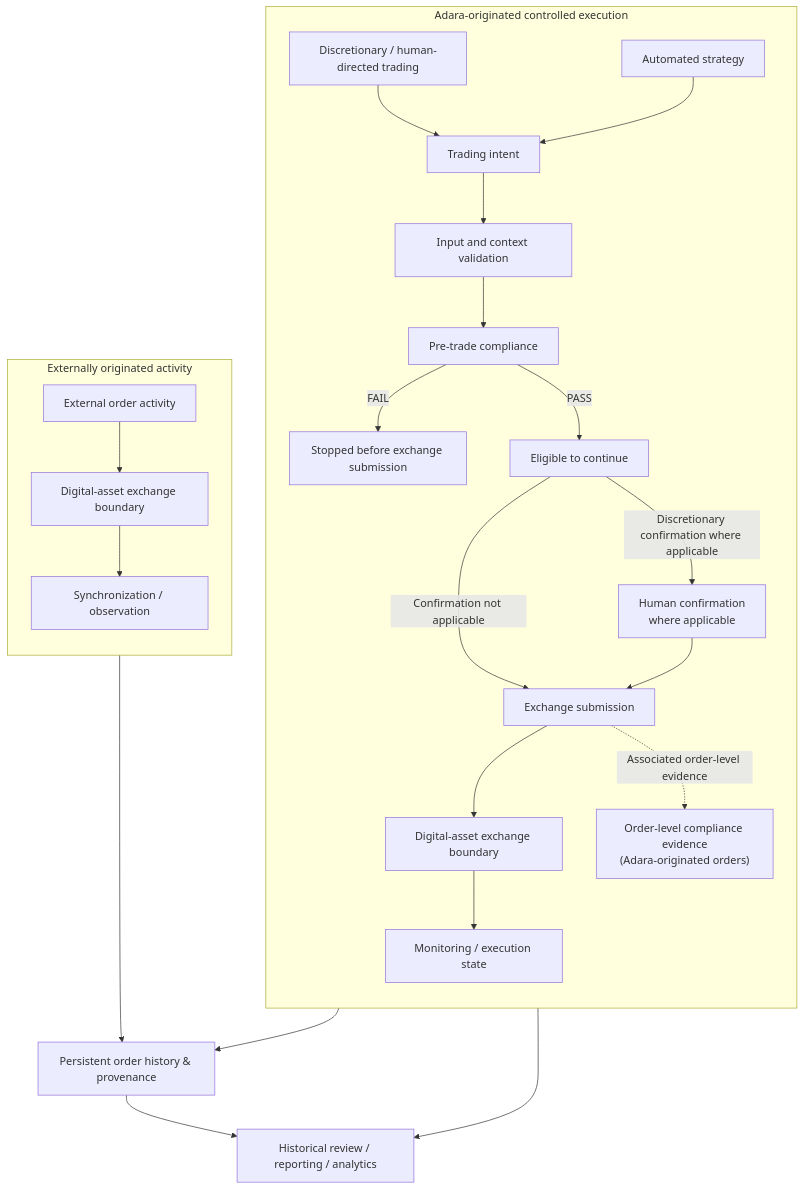
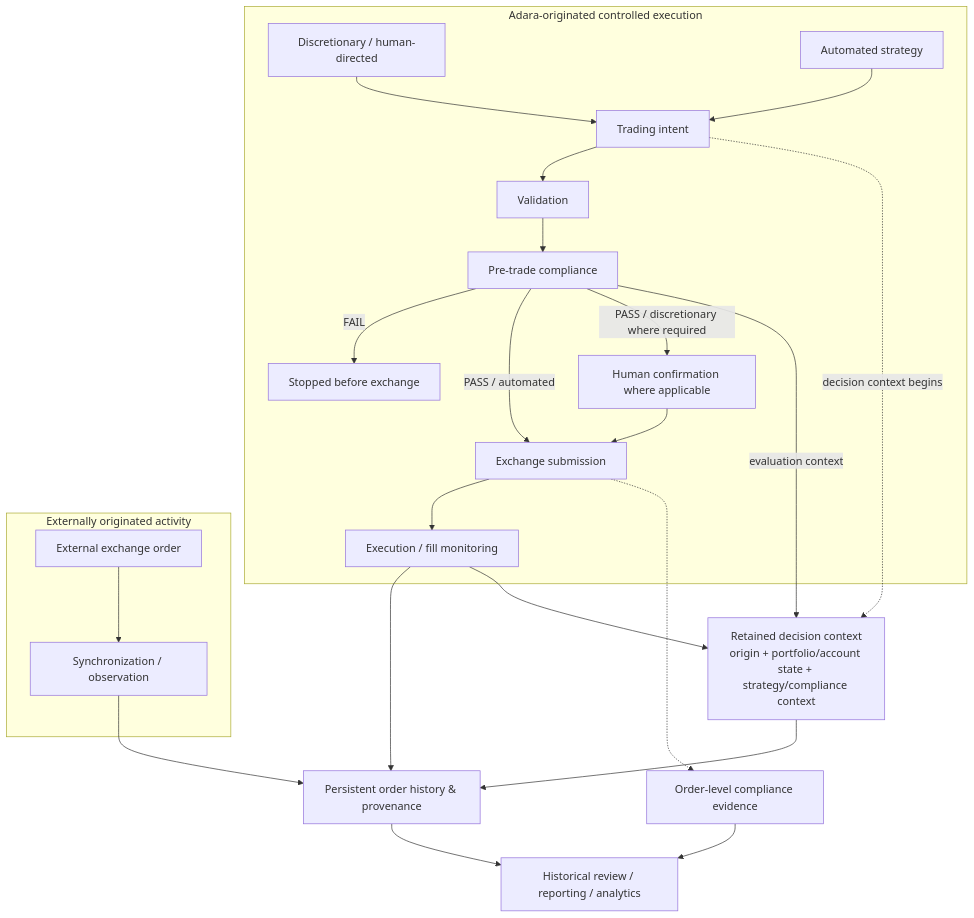
The diagram in diagrams/order-lifecycle.md (gabrielesor/adara-public-case-study), drawn with Mermaid before and after one commit. The commit also changed other lines of this file and 16 other files, not shown here.

Commit message:
docs: strengthen production architecture narrative

````diff
--- a/diagrams/order-lifecycle.md
+++ b/diagrams/order-lifecycle.md
@@ -5,49 +3,45 @@
 ```mermaid
 flowchart TB
     subgraph controlled["Adara-originated controlled execution"]
-        direction TB
-        human["Discretionary / human-directed trading"]
+        human["Discretionary / human-directed"]
         automated["Automated strategy"]
         intent["Trading intent"]
-        validation["Input and context validation"]
+        validation["Validation"]
         compliance["Pre-trade compliance"]
-        stopped["Stopped before exchange submission"]
-        continuation["Eligible to continue"]
-        confirmation["Human confirmation<br/>where applicable"]
+        stopped["Stopped before exchange"]
+        confirmation["Human confirmation where applicable"]
         submission["Exchange submission"]
-        submittedExchange["Digital-asset exchange boundary"]
-        monitoring["Monitoring / execution state"]
-        evidence["Order-level compliance evidence<br/>(Adara-originated orders)"]
+        monitoring["Execution / fill monitoring"]
 
         human --> intent
         automated --> intent
         intent --> validation
         validation --> compliance
         compliance -->|"FAIL"| stopped
-        compliance -->|"PASS"| continuation
-        continuation -->|"Confirmation not applicable"| submission
-        continuation -->|"Discretionary confirmation where applicable"| confirmation
+        compliance -->|"PASS / automated"| submission
+        compliance -->|"PASS / discretionary where required"| confirmation
         confirmation --> submission
-        submission --> submittedExchange
-        submittedExchange --> monitoring
-        submission -.->|"Associated order-level evidence"| evidence
+        submission --> monitoring
     end
 
     subgraph external["Externally originated activity"]
-        direction TB
-        externalActivity["External order activity"]
-        observedExchange["Digital-asset exchange boundary"]
-        synchronization["Synchronization / observation"]
-
-        externalActivity --> observedExchange
-        observedExchange --> synchronization
+        externalOrder["External exchange order"]
+        sync["Synchronization / observation"]
+        externalOrder --> sync
     end
 
+    context["Retained decision context<br/>origin + portfolio/account state + strategy/compliance context"]
     history["Persistent order history & provenance"]
-    outputs["Historical review / reporting / analytics"]
+    evidence["Order-level compliance evidence"]
+    review["Historical review / reporting / analytics"]
 
+    intent -.->|"decision context begins"| context
     monitoring --> history
-    synchronization --> history
-    evidence --> outputs
-    history --> outputs
+    monitoring --> context
+    compliance -->|"evaluation context"| context
+    sync --> history
+    context --> history
+    submission -.-> evidence
+    evidence --> review
+    history --> review
 ```
````
